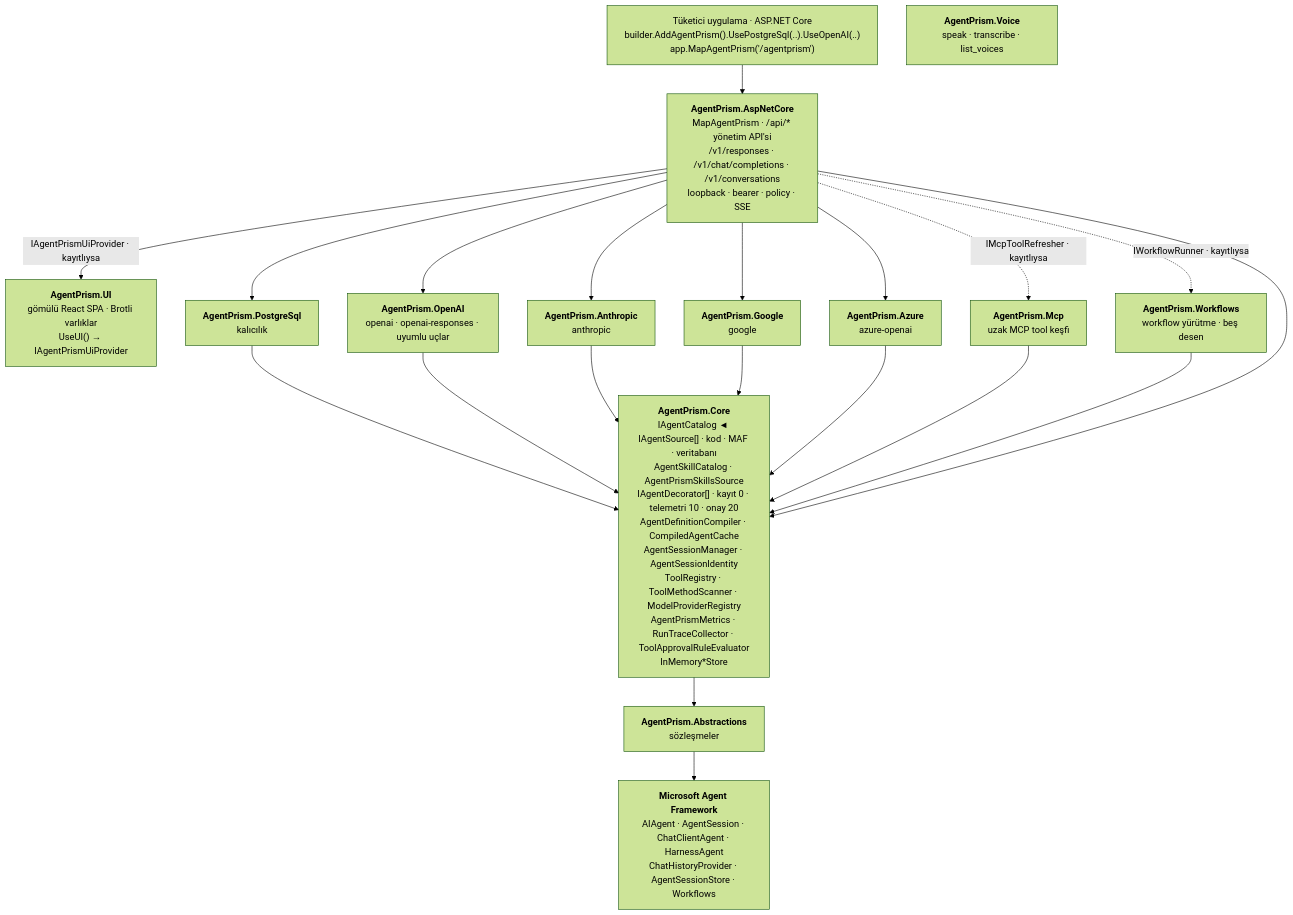
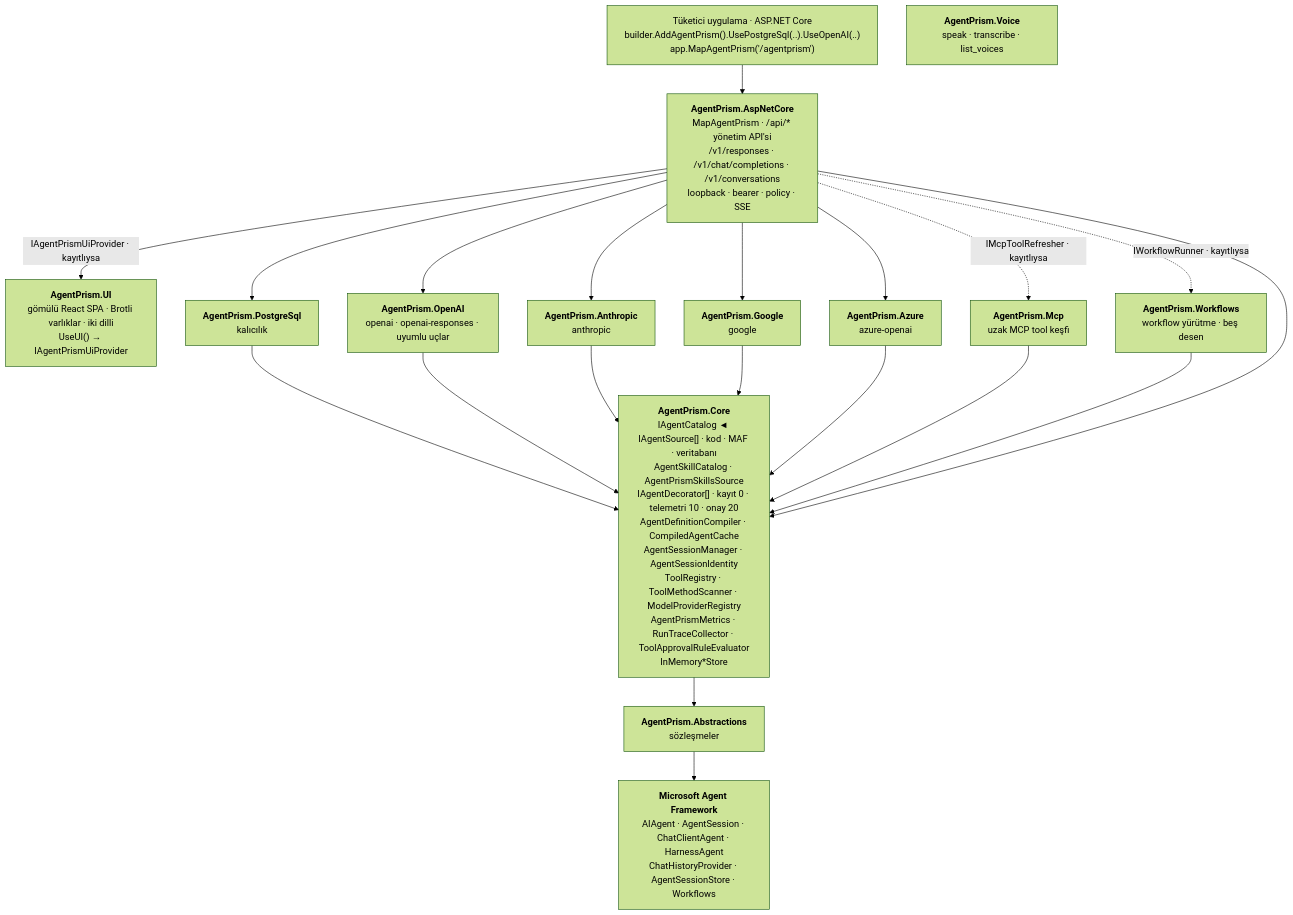
The first of 11 diagrams in docs/MIMARI.md (farukatasoy/Tracon), drawn with Mermaid (forest theme) before and after one commit. The commit also changed other lines of this file and 70 other files, not shown here.

````diff
--- a/docs/MIMARI.md
+++ b/docs/MIMARI.md
@@ -67,42 +67,42 @@
 ```mermaid
 flowchart TD
     T["Tüketici uygulama · ASP.NET Core<br/>builder.AddAgentPrism().UsePostgreSql(..).UseOpenAI(..)<br/>app.MapAgentPrism('/agentprism')"]
 
-    UI["<b>AgentPrism.UI</b><br/>gömülü React SPA · Brotli varlıklar<br/>UseUI() → IAgentPrismUiProvider"]
+    UI["<b>AgentPrism.UI</b><br/>gömülü React SPA · Brotli varlıklar · iki dilli<br/>UseUI() → IAgentPrismUiProvider"]
 
     HTTP["<b>AgentPrism.AspNetCore</b><br/>MapAgentPrism · /api/* yönetim API'si<br/>/v1/responses · /v1/chat/completions · /v1/conversations<br/>loopback · bearer · policy · SSE"]
 
     PG["<b>AgentPrism.PostgreSql</b><br/>kalıcılık"]
     OA["<b>AgentPrism.OpenAI</b><br/>openai · openai-responses · uyumlu uçlar"]
     AN["<b>AgentPrism.Anthropic</b><br/>anthropic"]
     GO["<b>AgentPrism.Google</b><br/>google"]
     AZ["<b>AgentPrism.Azure</b><br/>azure-openai"]
     VO["<b>AgentPrism.Voice</b><br/>speak · transcribe · list_voices"]
     MCP["<b>AgentPrism.Mcp</b><br/>uzak MCP tool keşfi"]
     WF["<b>AgentPrism.Workflows</b><br/>workflow yürütme · beş desen"]
 
     CORE["<b>AgentPrism.Core</b><br/>IAgentCatalog ◄ IAgentSource[] · kod · MAF · veritabanı<br/>AgentSkillCatalog · AgentPrismSkillsSource<br/>IAgentDecorator[] · kayıt 0 · telemetri 10 · onay 20<br/>AgentDefinitionCompiler · CompiledAgentCache<br/>AgentSessionManager · AgentSessionIdentity<br/>ToolRegistry · ToolMethodScanner · ModelProviderRegistry<br/>AgentPrismMetrics · RunTraceCollector · ToolApprovalRuleEvaluator<br/>InMemory*Store"]
 
     ABS["<b>AgentPrism.Abstractions</b><br/>sözleşmeler"]
 
     MAF["<b>Microsoft Agent Framework</b><br/>AIAgent · AgentSession · ChatClientAgent · HarnessAgent<br/>ChatHistoryProvider · AgentSessionStore · Workflows"]
 
     T --> HTTP
     HTTP -->|"IAgentPrismUiProvider · kayıtlıysa"| UI
     HTTP --> PG
     HTTP --> OA
     HTTP --> AN
     HTTP --> GO
     HTTP --> AZ
     HTTP -.->|"IMcpToolRefresher · kayıtlıysa"| MCP
     HTTP -.->|"IWorkflowRunner · kayıtlıysa"| WF
     PG --> CORE
     OA --> CORE
     AN --> CORE
     GO --> CORE
     AZ --> CORE
     MCP --> CORE
     WF --> CORE
     HTTP --> CORE
     CORE --> ABS --> MAF
 ```
````
